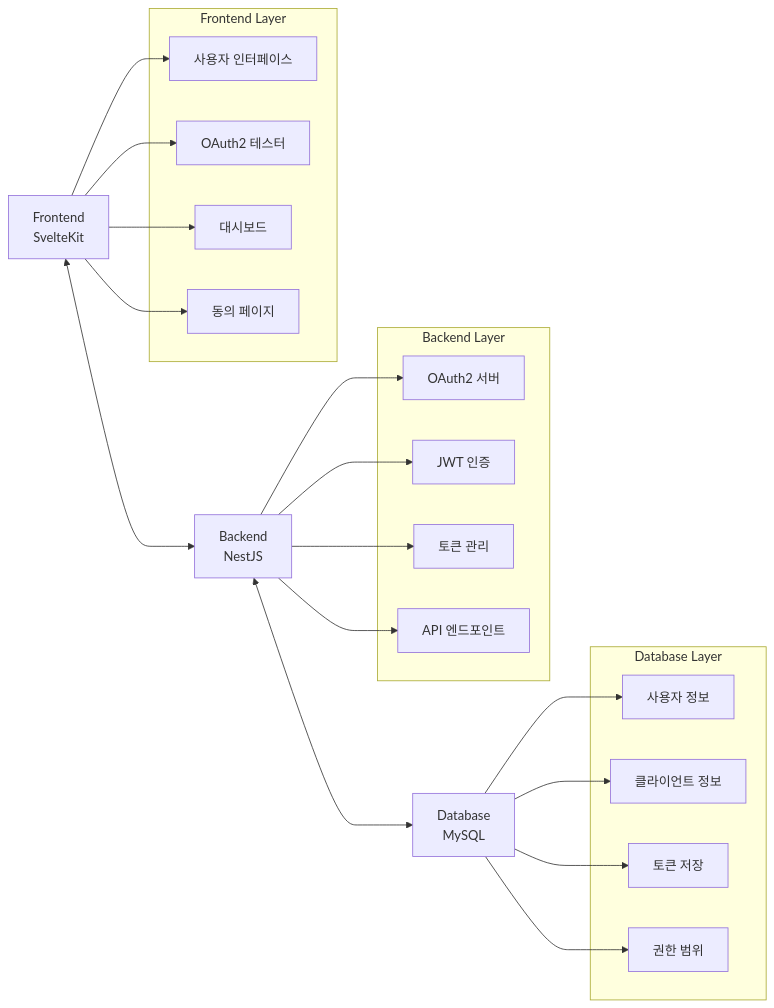
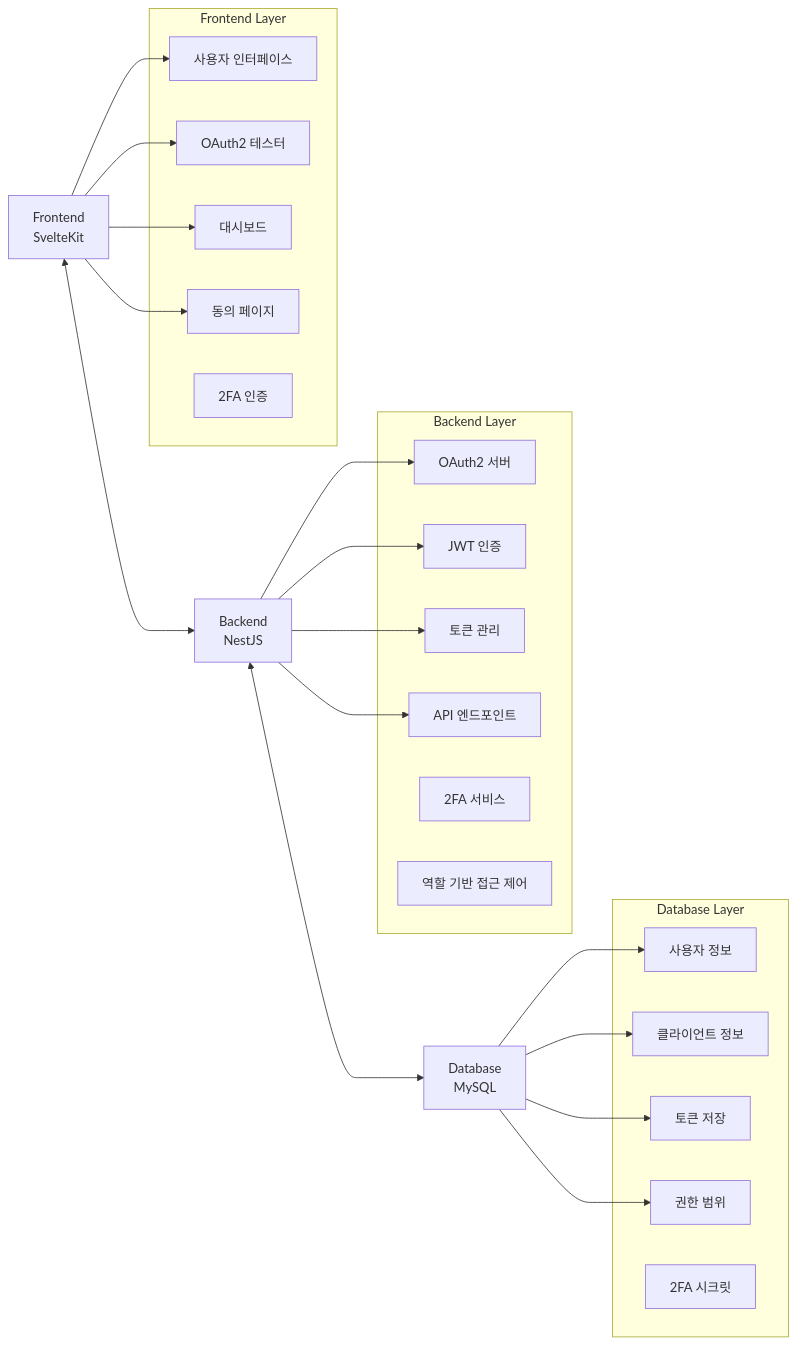
The diagram in README.md (vientofactory/FlowAuth), drawn with Mermaid before and after one commit. The commit also changed other lines of this file, not shown here.

````diff
--- a/README.md
+++ b/README.md
@@ -27,45 +31,49 @@
 ```mermaid
 flowchart LR
    FE[Frontend<br/>SvelteKit]
    BE[Backend<br/>NestJS]
    DB[Database<br/>MySQL]
 
    FE <--> BE
    BE <--> DB
 
    subgraph "Frontend Layer"
       FE_UI[사용자 인터페이스]
       FE_Tester[OAuth2 테스터]
       FE_Dashboard[대시보드]
       FE_Consent[동의 페이지]
+      FE_2FA[2FA 인증]
    end
 
    subgraph "Backend Layer"
       BE_OAuth2[OAuth2 서버]
       BE_JWT[JWT 인증]
       BE_Token[토큰 관리]
       BE_API[API 엔드포인트]
+      BE_2FA[2FA 서비스]
+      BE_RBAC[역할 기반 접근 제어]
    end
 
    subgraph "Database Layer"
       DB_User[사용자 정보]
       DB_Client[클라이언트 정보]
       DB_Token[토큰 저장]
       DB_Scope[권한 범위]
+      DB_2FA[2FA 시크릿]
    end
 
    FE --> FE_UI
    FE --> FE_Tester
    FE --> FE_Dashboard
    FE --> FE_Consent
 
    BE --> BE_OAuth2
    BE --> BE_JWT
    BE --> BE_Token
    BE --> BE_API
 
    DB --> DB_User
    DB --> DB_Client
    DB --> DB_Token
    DB --> DB_Scope
 ```
````
